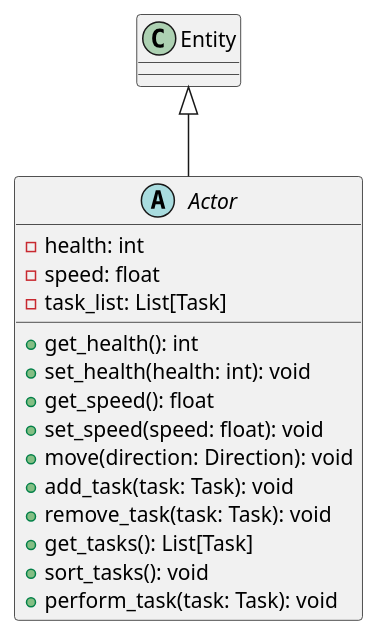
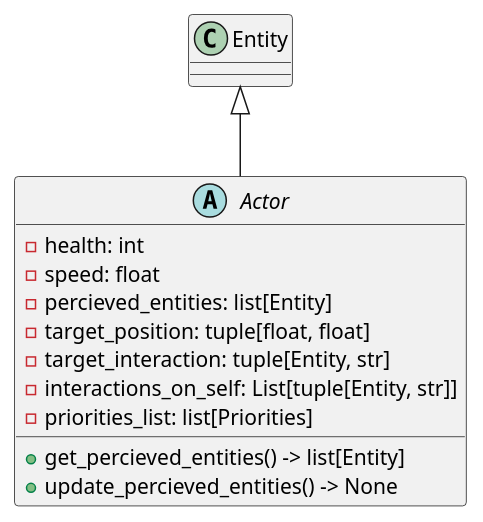
The diagram in documentation/system_design_diagrams/plantUML/entity/actor/actor.puml (Watudube/Project-SLFW), drawn with PlantUML before and after one commit. The commit also changed 6 other files, not shown here.

First line of the commit message:
Updated PlatUML class diagrams.

```diff
--- a/documentation/system_design_diagrams/plantUML/entity/actor/actor.puml
+++ b/documentation/system_design_diagrams/plantUML/entity/actor/actor.puml
@@ -1,21 +1,19 @@
 @startuml
 
 abstract class Actor {
   -health: int
   -speed: float
-  -task_list: List[Task]
-  +get_health(): int
-  +set_health(health: int): void
-  +get_speed(): float
-  +set_speed(speed: float): void
-  +move(direction: Direction): void
-  +add_task(task: Task): void
-  +remove_task(task: Task): void
-  +get_tasks(): List[Task]
-  +sort_tasks(): void
-  +perform_task(task: Task): void
+  -percieved_entities: list[Entity]
+  -target_position: tuple[float, float]
+  -target_interaction: tuple[Entity, str]
+  -interactions_on_self: List[tuple[Entity, str]]
+  -priorities_list: list[Priorities]
+  +get_percieved_entities() -> list[Entity]
+  +update_percieved_entities() -> None
 }
+
+' TODO: Add more methods and attributes as needed.
 
 Entity <|-- Actor
 
 @enduml
```
